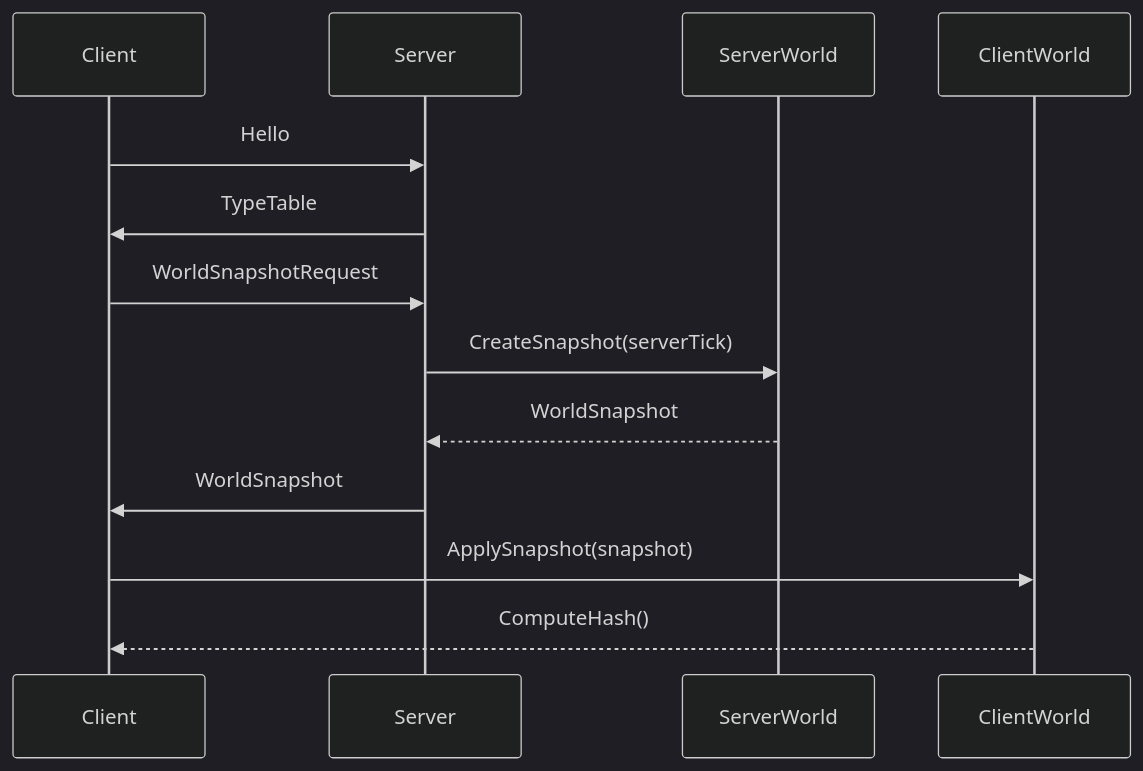
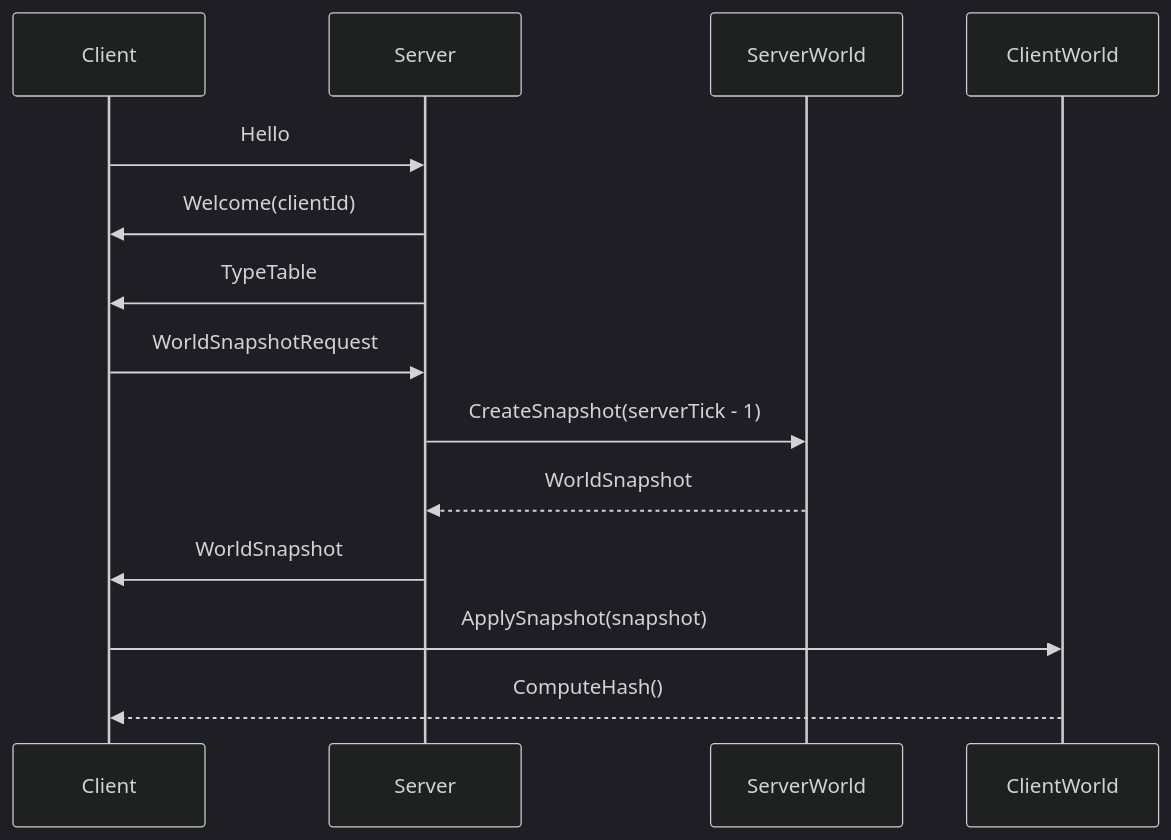
The third of 5 diagrams in README.md (J0nJAr/ECSFactory), drawn with Mermaid (dark theme) before and after one commit. The commit also changed other lines of this file and 3 other files, not shown here.

````diff
--- a/README.md
+++ b/README.md
@@ -210,16 +210,17 @@
 ```mermaid
 sequenceDiagram
     participant Client
     participant Server
     participant ServerWorld
     participant ClientWorld
 
     Client->>Server: Hello
+    Server->>Client: Welcome(clientId)
     Server->>Client: TypeTable
     Client->>Server: WorldSnapshotRequest
-    Server->>ServerWorld: CreateSnapshot(serverTick)
+    Server->>ServerWorld: CreateSnapshot(serverTick - 1)
     ServerWorld-->>Server: WorldSnapshot
     Server->>Client: WorldSnapshot
     Client->>ClientWorld: ApplySnapshot(snapshot)
     ClientWorld-->>Client: ComputeHash()
 ```
````
